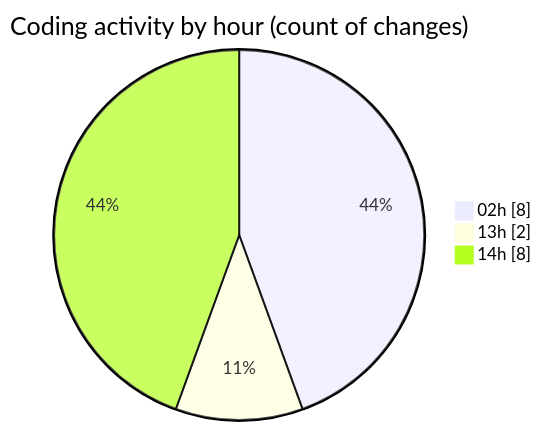
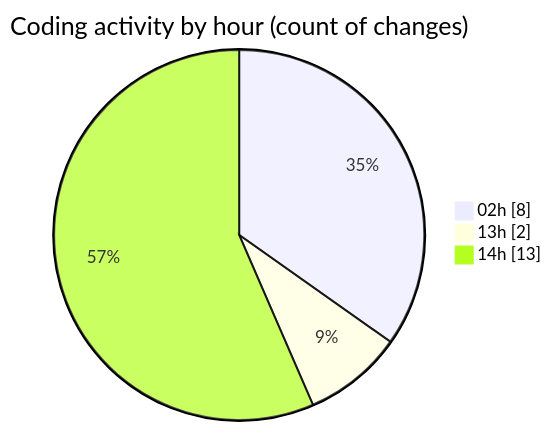
One commit to donsfak/code-tracking changed the second of 2 diagrams in 2025-02-16/trackers_app/README.md. Above: the diagram before and after it, drawn with Mermaid. The commit also changed other lines of this file and 1 other file, not shown here.

````diff
--- a/2025-02-16/trackers_app/README.md
+++ b/2025-02-16/trackers_app/README.md
@@ -33,7 +33,7 @@
 ```mermaid
 pie showData
 title Coding activity by hour (count of changes)
 "02h" : 8
 "13h" : 2
-"14h" : 8
+"14h" : 13
 ```
````
